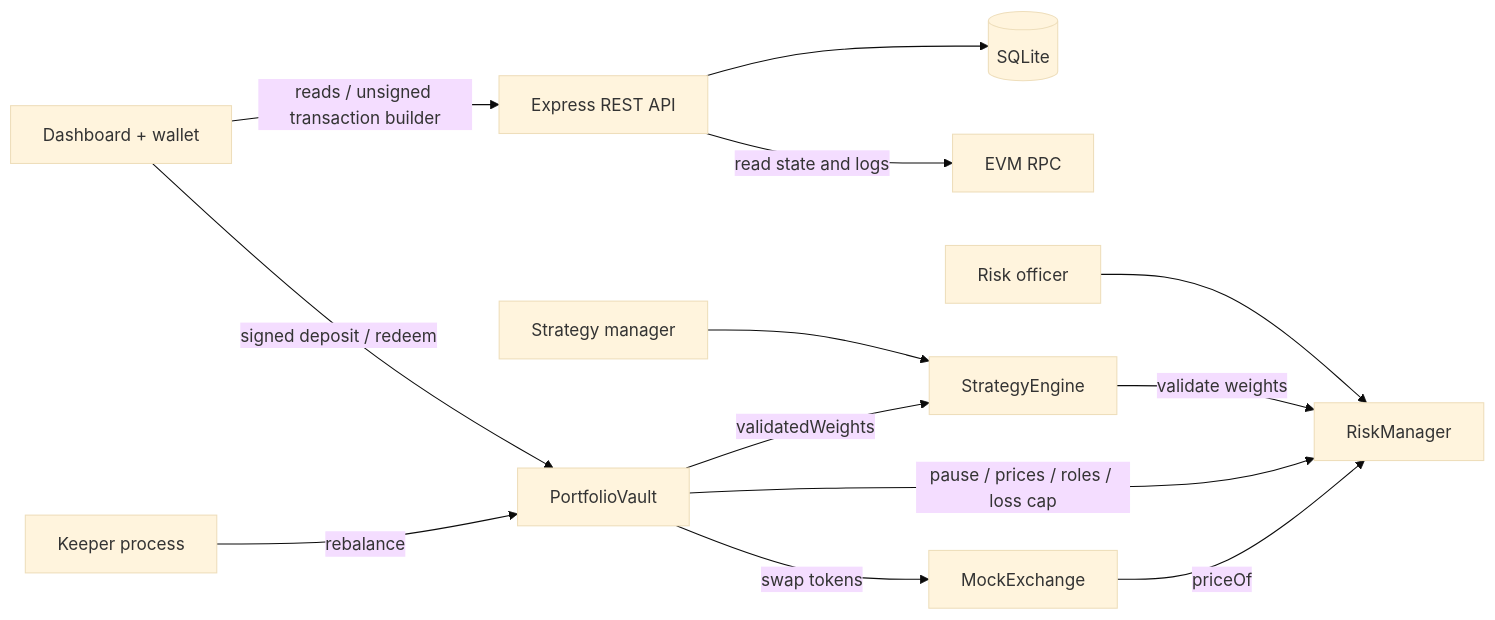
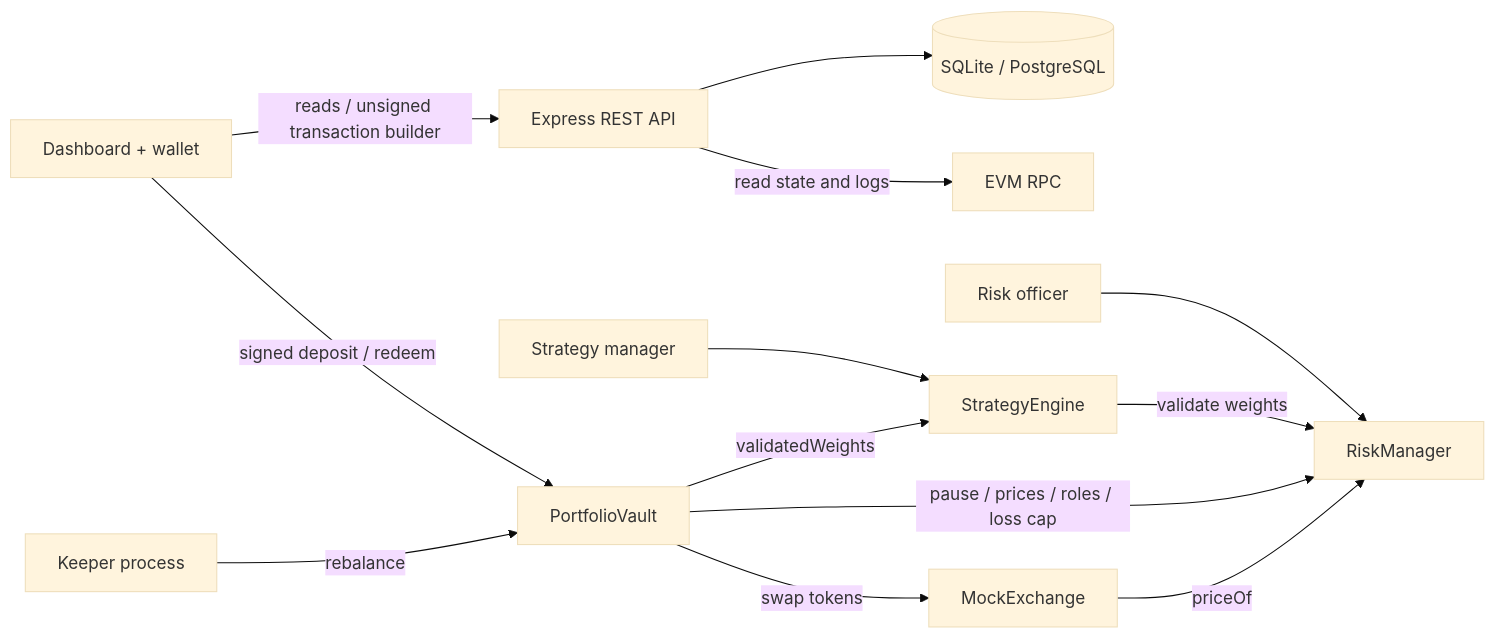
One commit to qwekker/alphavault-sc6113 changed the diagram in README.md. Above: the diagram before and after it, drawn with Mermaid (base theme). The commit also changed other lines of this file and 23 other files, not shown here.

Commit message:
Support free Render hosting with persistent Supabase PostgreSQL

````diff
--- a/README.md
+++ b/README.md
@@ -45,15 +45,15 @@
 ```mermaid
 flowchart LR
     UI[Dashboard + wallet] -->|reads / unsigned transaction builder| API[Express REST API]
-    API --> DB[(SQLite)]
+    API --> DB[(SQLite / PostgreSQL)]
     API -->|read state and logs| RPC[EVM RPC]
     UI -->|signed deposit / redeem| V[PortfolioVault]
     M[Strategy manager] --> S[StrategyEngine]
     R[Risk officer] --> RM[RiskManager]
     K[Keeper process] -->|rebalance| V
     V -->|validatedWeights| S
     S -->|validate weights| RM
     V -->|pause / prices / roles / loss cap| RM
     V -->|swap tokens| EX[MockExchange]
     EX -->|priceOf| RM
 ```
````
